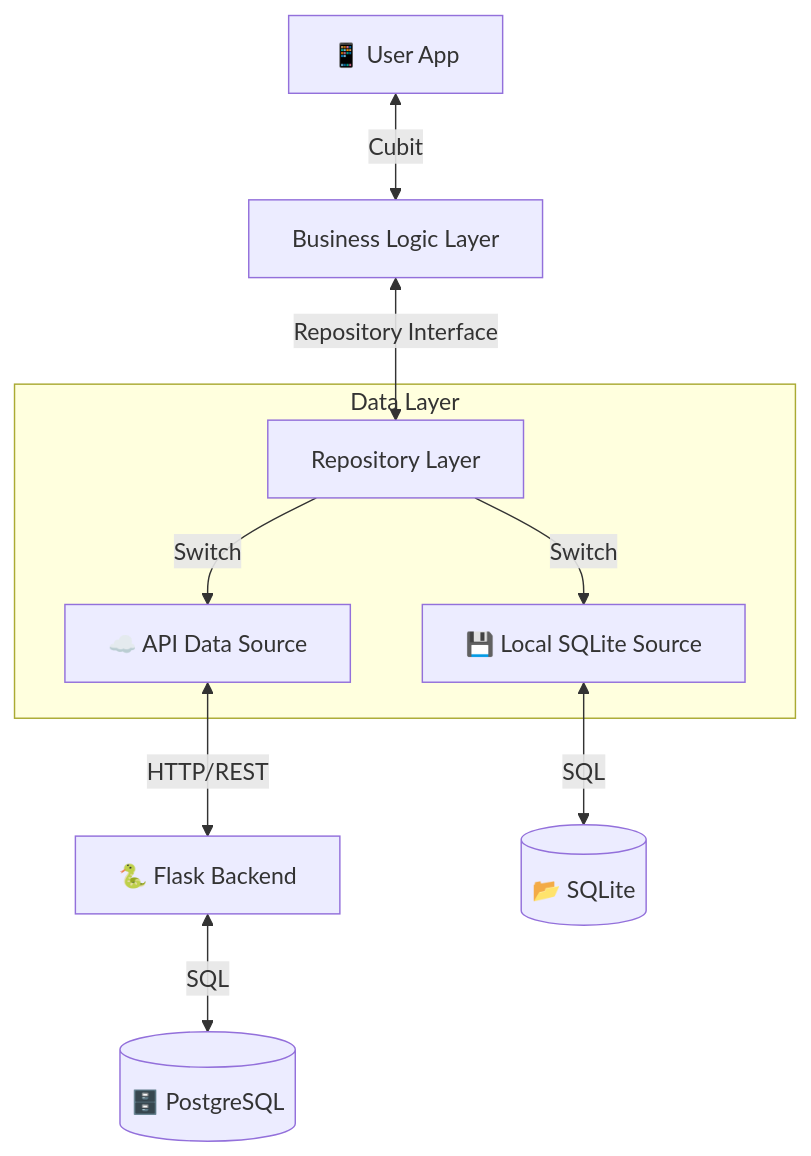
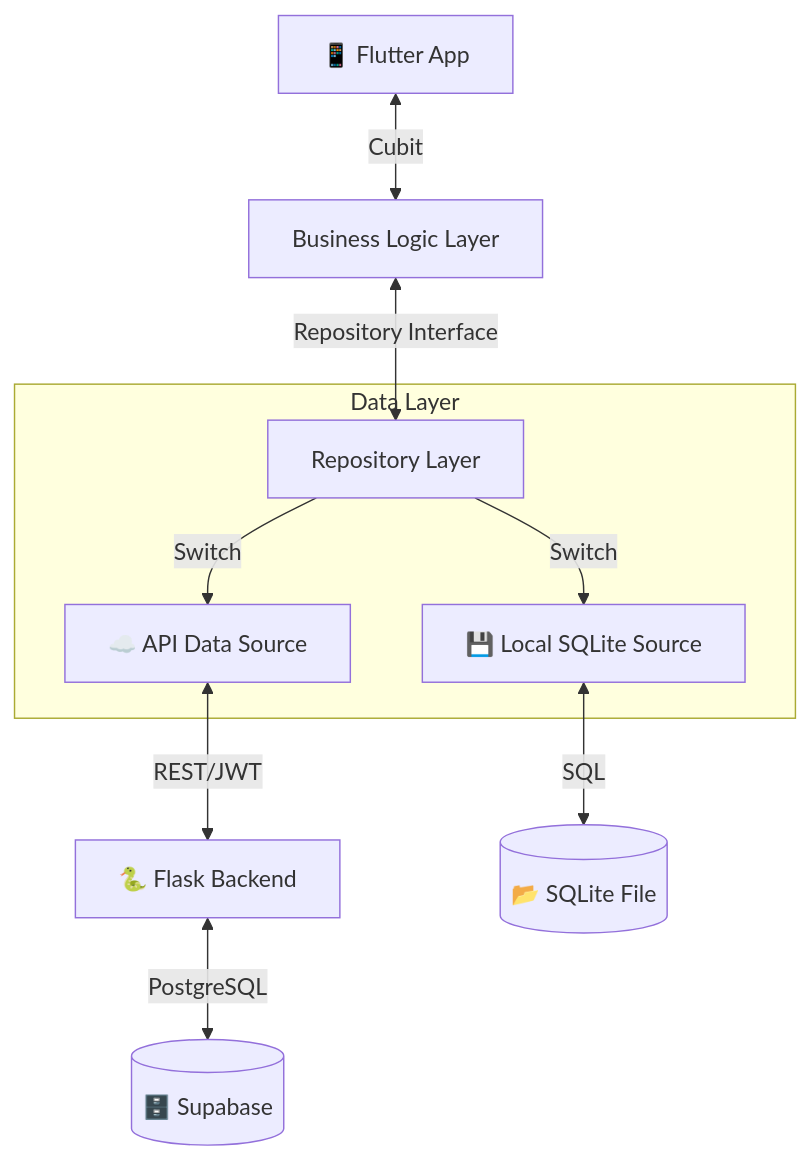
One commit to hallaboutaya/Lqitha changed the diagram in ARCHITECTURE.md. Above: the diagram before and after it, drawn with Mermaid. The commit also changed other lines of this file and 79 other files, not shown here.

````diff
--- a/ARCHITECTURE.md
+++ b/ARCHITECTURE.md
@@ -11,14 +11,14 @@
 ```mermaid
 graph TD
-    User[📱 User App] <-->|Cubit| BL[Business Logic Layer]
+    User[📱 Flutter App] <-->|Cubit| BL[Business Logic Layer]
     BL <-->|Repository Interface| Repo[Repository Layer]
     
     subgraph Data Layer
-        Repo -->|Switch| Remote[☁️ API Data Source]
+        Repo -->|Switch| API[☁️ API Data Source]
         Repo -->|Switch| Local[💾 Local SQLite Source]
     end
     
-    Remote <-->|HTTP/REST| Flask[🐍 Flask Backend]
-    Flask <-->|SQL| Supabase[(🗄️ PostgreSQL)]
-    Local <-->|SQL| SQLite[(📂 SQLite)]
+    API <-->|REST/JWT| Flask[🐍 Flask Backend]
+    Flask <-->|PostgreSQL| Supabase[(🗄️ Supabase)]
+    Local <-->|SQL| SQLite[(📂 SQLite File)]
 ```
````
